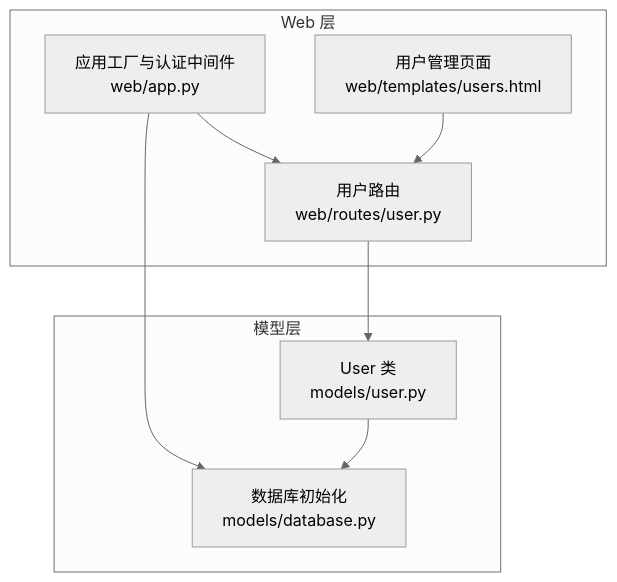
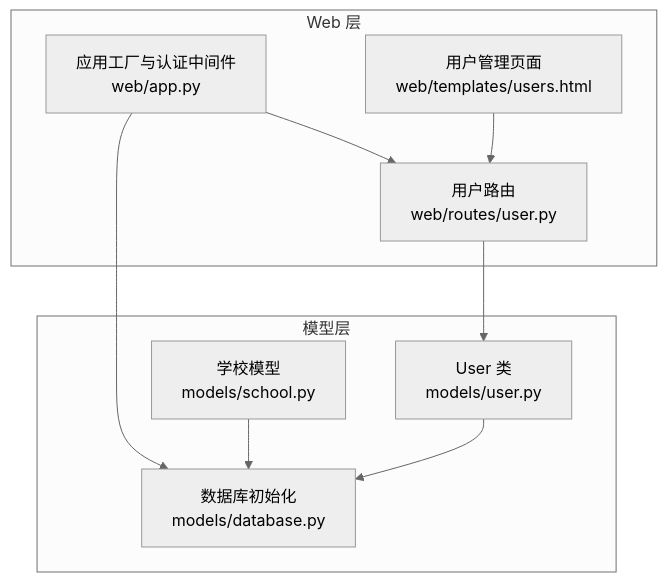
One commit to oreovan567-pixel/middle-platform-data-collector changed the first of 9 diagrams in .qoder/repowiki/zh/content/数据模型/用户模型.md. Above: the diagram before and after it, drawn with Mermaid (neutral theme). The commit also changed other lines of this file and 11 other files, not shown here.

````diff
--- a/.qoder/repowiki/zh/content/数据模型/用户模型.md
+++ b/.qoder/repowiki/zh/content/数据模型/用户模型.md
@@ -42,17 +55,19 @@
 ```mermaid
 graph TB
 subgraph "模型层"
 U["User 类<br/>models/user.py"]
 DB["数据库初始化<br/>models/database.py"]
+S["学校模型<br/>models/school.py"]
 end
 subgraph "Web 层"
 APP["应用工厂与认证中间件<br/>web/app.py"]
 ROUTE_USER["用户路由<br/>web/routes/user.py"]
 TPL_USERS["用户管理页面<br/>web/templates/users.html"]
 end
 APP --> ROUTE_USER
 ROUTE_USER --> U
 U --> DB
+S --> DB
 APP --> DB
 TPL_USERS --> ROUTE_USER
 ```
````
